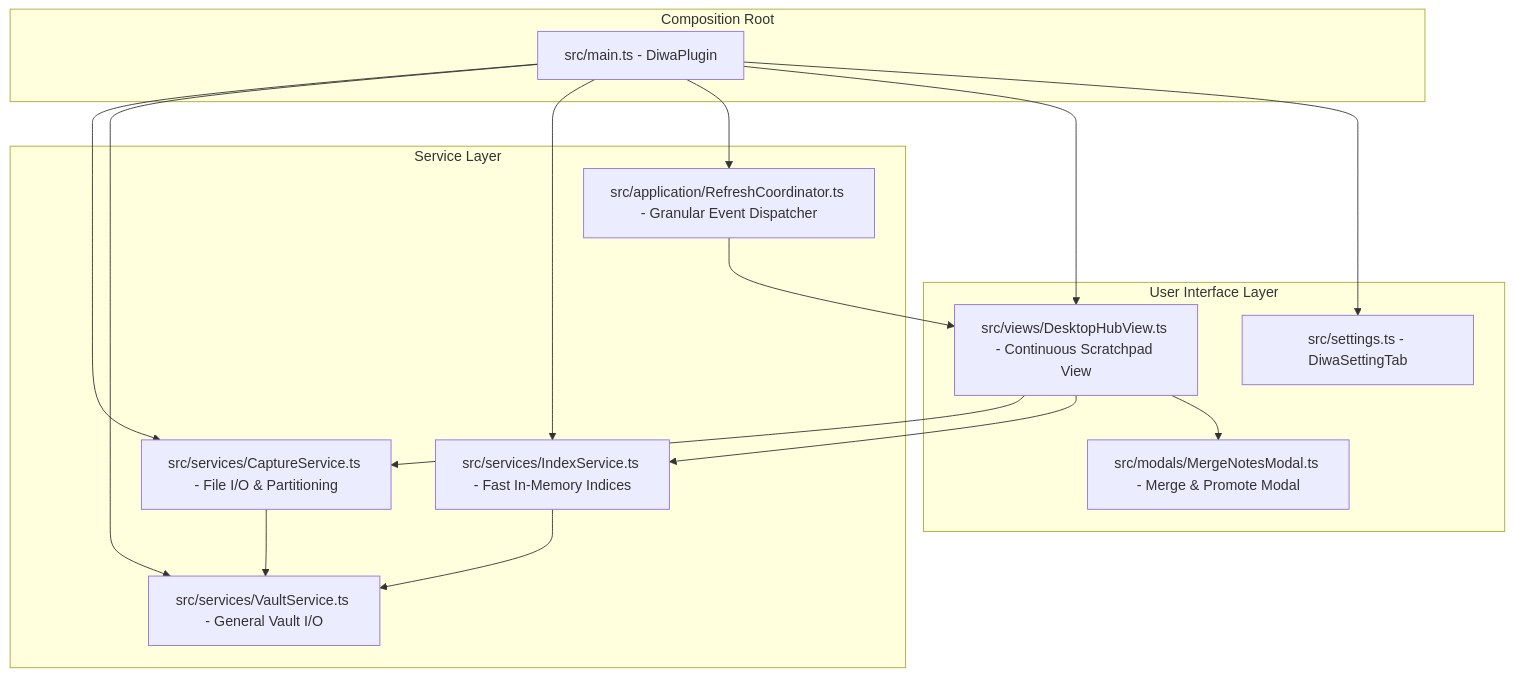
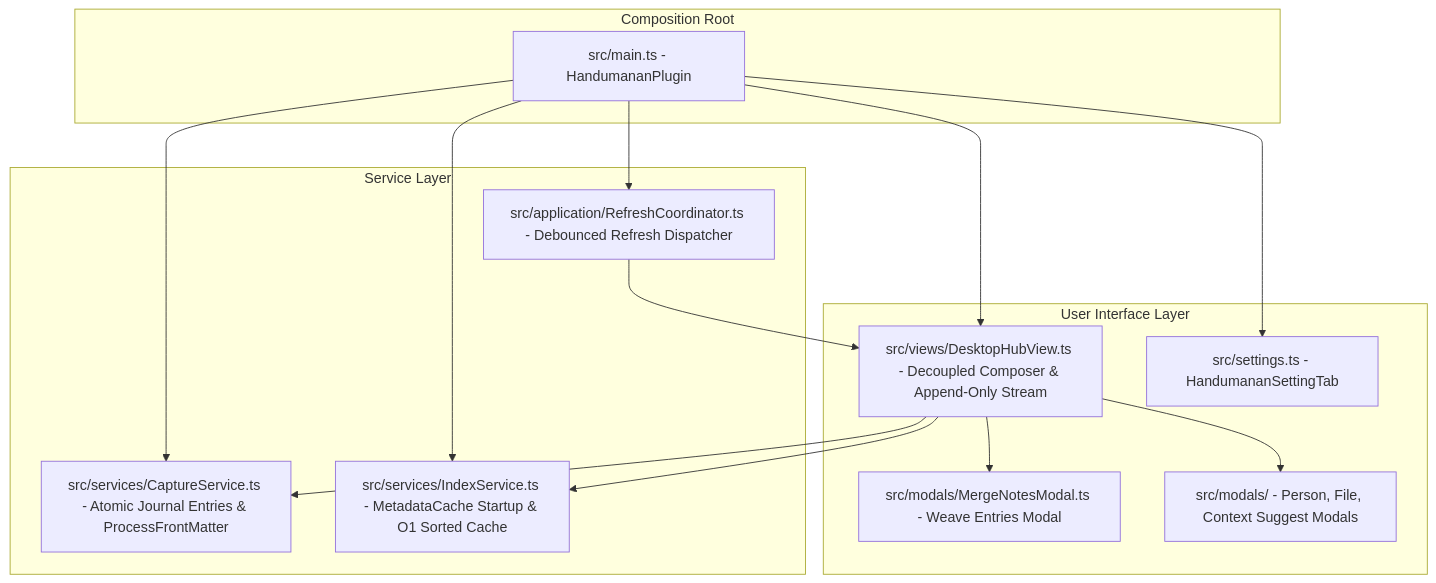
Before and after one commit to emperorKDSR/obsidian_handumanan: the diagram in memory-bank/systemPatterns.md, drawn with Mermaid. The commit also changed other lines of this file and 64 other files, not shown here.

First line of the commit message:
feat(journal): transform Handumanan into production-grade Life Journaling OS

````diff
--- a/memory-bank/systemPatterns.md
+++ b/memory-bank/systemPatterns.md
@@ -14,33 +14,31 @@
 ```mermaid
 flowchart TD
     subgraph Composition Root
-        Main[src/main.ts - DiwaPlugin]
+        Main[src/main.ts - HandumananPlugin]
     end
 
     subgraph Service Layer
-        Cap[src/services/CaptureService.ts - File I/O & Partitioning]
-        Vault[src/services/VaultService.ts - General Vault I/O]
-        Index[src/services/IndexService.ts - Fast In-Memory Indices]
-        Ref[src/application/RefreshCoordinator.ts - Granular Event Dispatcher]
+        Cap[src/services/CaptureService.ts - Atomic Journal Entries & ProcessFrontMatter]
+        Index[src/services/IndexService.ts - MetadataCache Startup & O1 Sorted Cache]
+        Ref[src/application/RefreshCoordinator.ts - Debounced Refresh Dispatcher]
     end
 
     subgraph User Interface Layer
-        Hub[src/views/DesktopHubView.ts - Continuous Scratchpad View]
-        MergeModal[src/modals/MergeNotesModal.ts - Merge & Promote Modal]
-        Settings[src/settings.ts - DiwaSettingTab]
+        Hub[src/views/DesktopHubView.ts - Decoupled Composer & Append-Only Stream]
+        MergeModal[src/modals/MergeNotesModal.ts - Weave Entries Modal]
+        SuggestModals[src/modals/ - Person, File, Context Suggest Modals]
+        Settings[src/settings.ts - HandumananSettingTab]
     end
 
     Main --> Cap
-    Main --> Vault
     Main --> Index
     Main --> Ref
     Main --> Hub
     Main --> Settings
 
-    Cap --> Vault
-    Index --> Vault
     Ref --> Hub
     Hub --> Cap
     Hub --> Index
     Hub --> MergeModal
+    Hub --> SuggestModals
 ```
````
